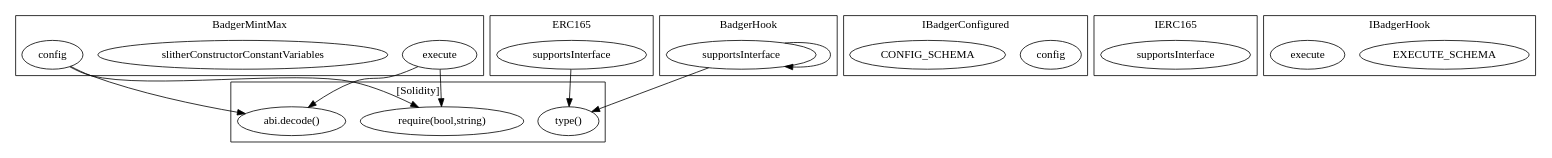
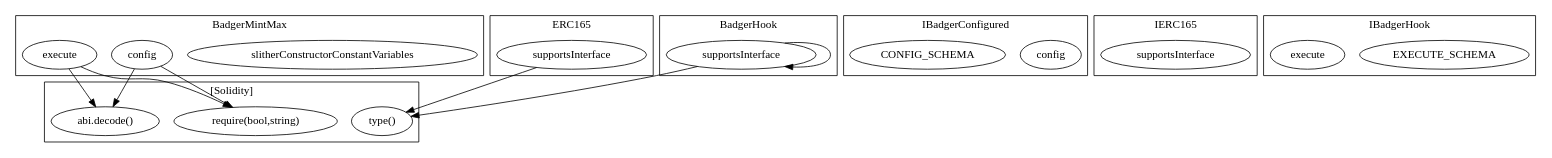
Before and after one commit to FlipsideCrypto/badger: the diagram in contracts/build/...BadgerMintMax.call-graph.dot, drawn with Graphviz. The commit also changed other lines of this file and 20 other files, not shown here.

```diff
--- a/contracts/build/...BadgerMintMax.call-graph.dot
+++ b/contracts/build/...BadgerMintMax.call-graph.dot
@@ -1,37 +1,37 @@
 strict digraph {
 subgraph cluster_5537_BadgerMintMax {
 label = "BadgerMintMax"
-"5537_execute" [label="execute"]
 "5537_slitherConstructorConstantVariables" [label="slitherConstructorConstantVariables"]
 "5537_config" [label="config"]
+"5537_execute" [label="execute"]
 }subgraph cluster_6468_IBadgerConfigured {
 label = "IBadgerConfigured"
 "6468_config" [label="config"]
 "6468_CONFIG_SCHEMA" [label="CONFIG_SCHEMA"]
 }subgraph cluster_3081_ERC165 {
 label = "ERC165"
 "3081_supportsInterface" [label="supportsInterface"]
 }subgraph cluster_3093_IERC165 {
 label = "IERC165"
 "3093_supportsInterface" [label="supportsInterface"]
 }subgraph cluster_6488_IBadgerHook {
 label = "IBadgerHook"
 "6488_EXECUTE_SCHEMA" [label="EXECUTE_SCHEMA"]
 "6488_execute" [label="execute"]
 }subgraph cluster_4956_BadgerHook {
 label = "BadgerHook"
 "4956_supportsInterface" [label="supportsInterface"]
 "4956_supportsInterface" -> "4956_supportsInterface"
 }subgraph cluster_solidity {
 label = "[Solidity]"
-"type()" 
 "require(bool,string)" 
 "abi.decode()" 
+"type()" 
+"5537_execute" -> "abi.decode()"
 "3081_supportsInterface" -> "type()"
+"5537_execute" -> "require(bool,string)"
+"5537_config" -> "require(bool,string)"
 "5537_config" -> "abi.decode()"
 "4956_supportsInterface" -> "type()"
-"5537_config" -> "require(bool,string)"
-"5537_execute" -> "require(bool,string)"
-"5537_execute" -> "abi.decode()"
 }
 }
```
